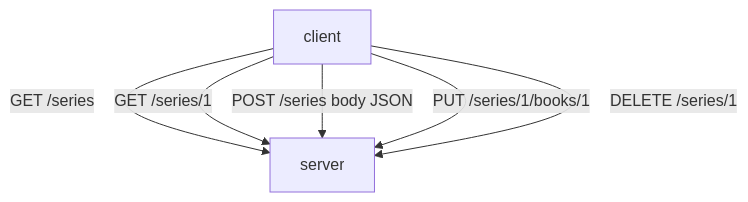
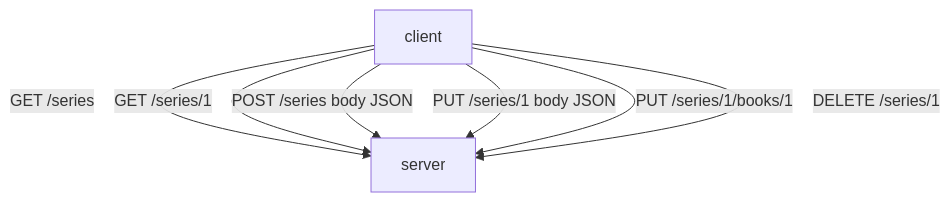
Before and after one commit to wkktoria/Bookify: the third of 5 diagrams in README.md, drawn with Mermaid.

Commit message:
Update diagrams in readme

````diff
--- a/README.md
+++ b/README.md
@@ -194,8 +194,9 @@
 ```mermaid
     flowchart TD
     client -->|GET /series| server
     client -->|GET /series/1| server
     client -->|POST /series body JSON| server
+    client -->|PUT /series/1 body JSON| server
     client -->|PUT /series/1/books/1| server
     client -->|DELETE /series/1| server
 ```
````
